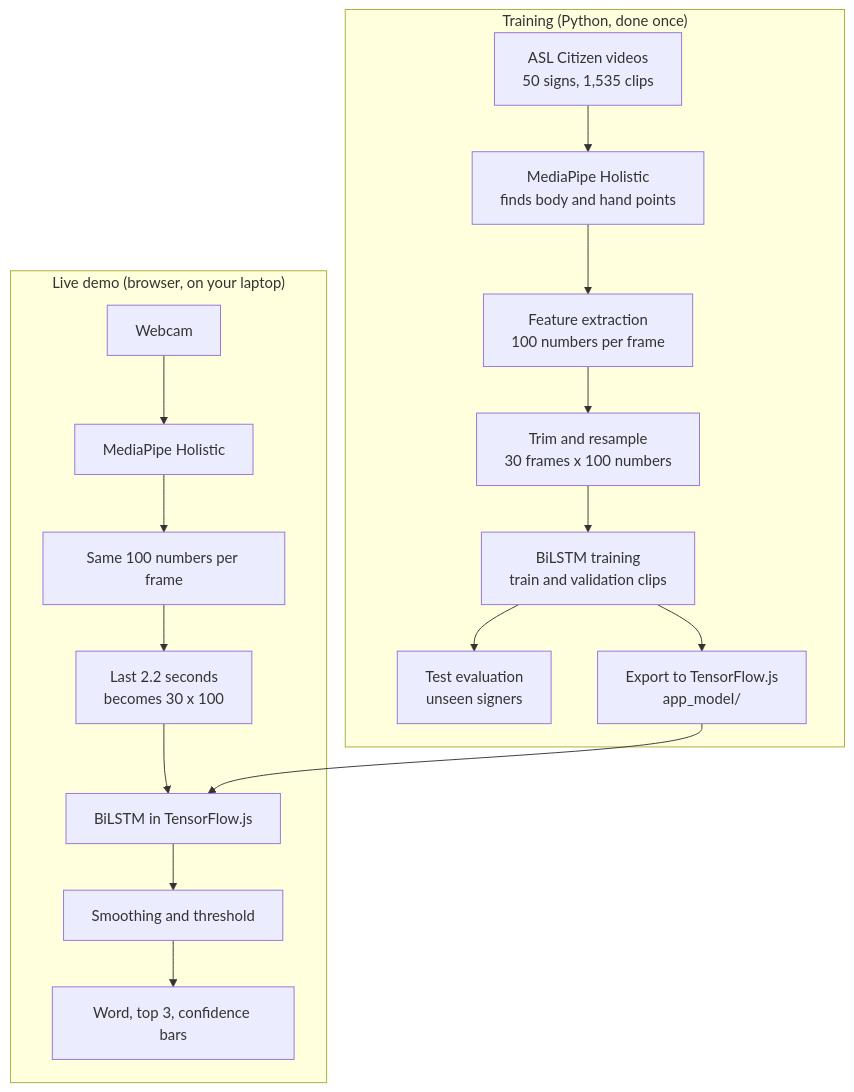
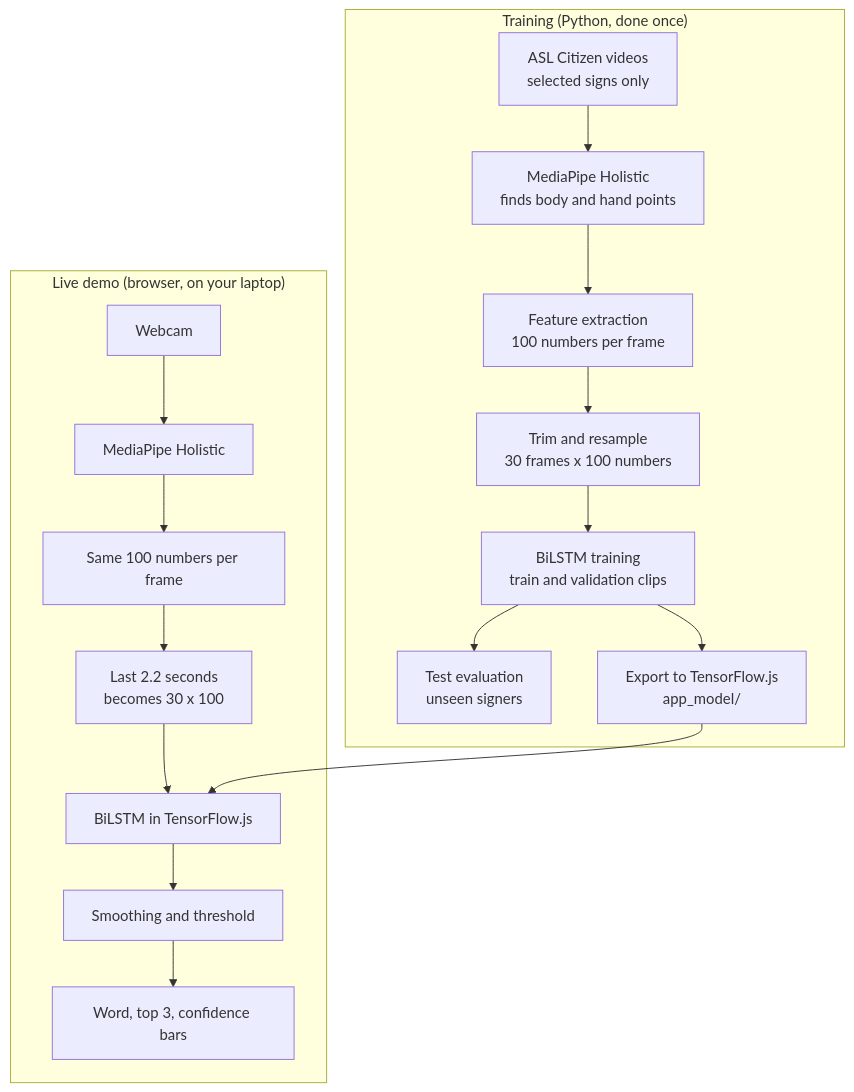
The diagram in BEGINNER_GUIDE.md (johnsoni7/ML-Mini_Project), drawn with Mermaid before and after one commit. The commit also changed other lines of this file and 8 other files, not shown here.

````diff
--- a/BEGINNER_GUIDE.md
+++ b/BEGINNER_GUIDE.md
@@ -7,20 +7,20 @@
 ```mermaid
 flowchart TD
     subgraph Training["Training (Python, done once)"]
-        A["ASL Citizen videos<br/>50 signs, 1,535 clips"] --> B["MediaPipe Holistic<br/>finds body and hand points"]
+        A["ASL Citizen videos<br/>selected signs only"] --> B["MediaPipe Holistic<br/>finds body and hand points"]
         B --> C["Feature extraction<br/>100 numbers per frame"]
         C --> D["Trim and resample<br/>30 frames x 100 numbers"]
         D --> E["BiLSTM training<br/>train and validation clips"]
         E --> F["Test evaluation<br/>unseen signers"]
         E --> G["Export to TensorFlow.js<br/>app_model/"]
     end
     subgraph Live["Live demo (browser, on your laptop)"]
         H["Webcam"] --> I["MediaPipe Holistic"]
         I --> J["Same 100 numbers per frame"]
         J --> K["Last 2.2 seconds<br/>becomes 30 x 100"]
         K --> L["BiLSTM in TensorFlow.js"]
         G --> L
         L --> M["Smoothing and threshold"]
         M --> N["Word, top 3, confidence bars"]
     end
 ```
````
